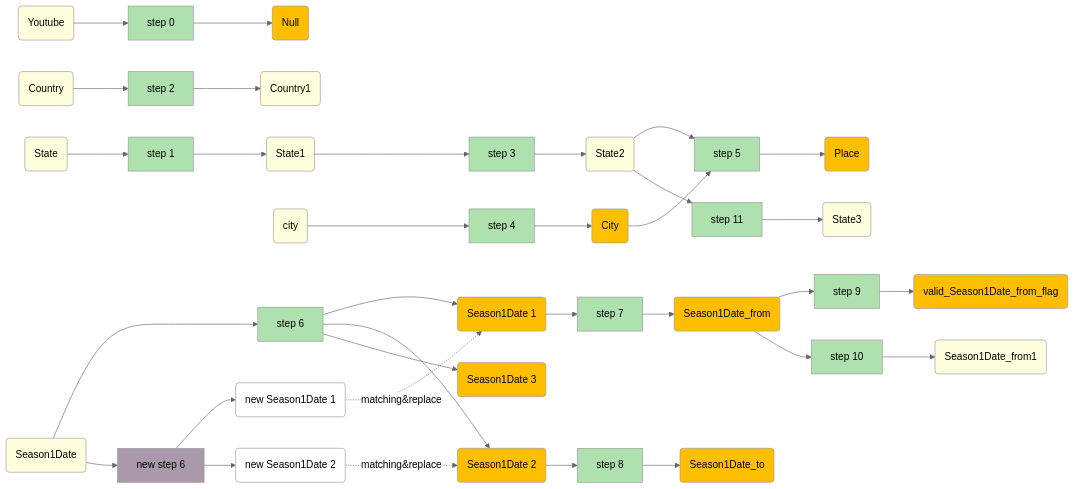
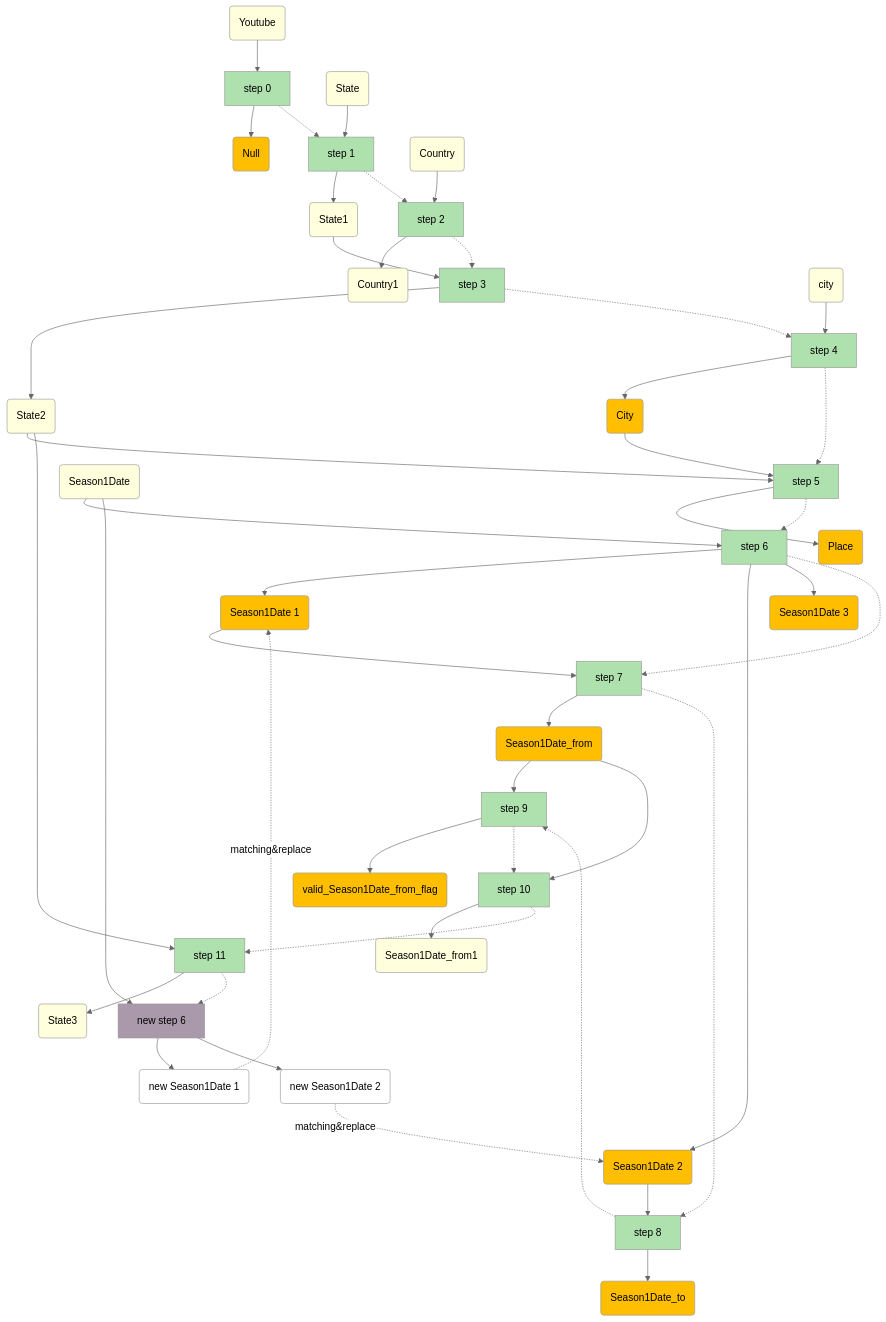
The diagram in demo.md (idaks/ORMA-IDCC-2021), drawn with Mermaid (neutral theme) before and after one commit.

Commit message:
update graph

````diff
--- a/demo.md
+++ b/demo.md
@@ -1,6 +1,6 @@
 ```mermaid
 
-graph LR
+graph TD 
    col0(Youtube) --> id0[step 0]
    id0 --> col1(Null);
    style col0 fill:#ffd
@@ -89,5 +89,19 @@
 
    col19 -. matching&replace.->col11
    col20 -. matching&replace.->col12
+
+   id0 -.-> id1
+   id1 -.-> id2
+   id2 -.-> id3
+   id3 -.-> id4
+   id4 -.-> id5
+   id5 -.-> id6
+   id6 -.-> id7
+   id7 -.-> id8
+   id8 -.-> id9
+   id9 -.-> id10
+   id10 -.-> id11
+   id11 -.-> id12
+
    
 ```
````
